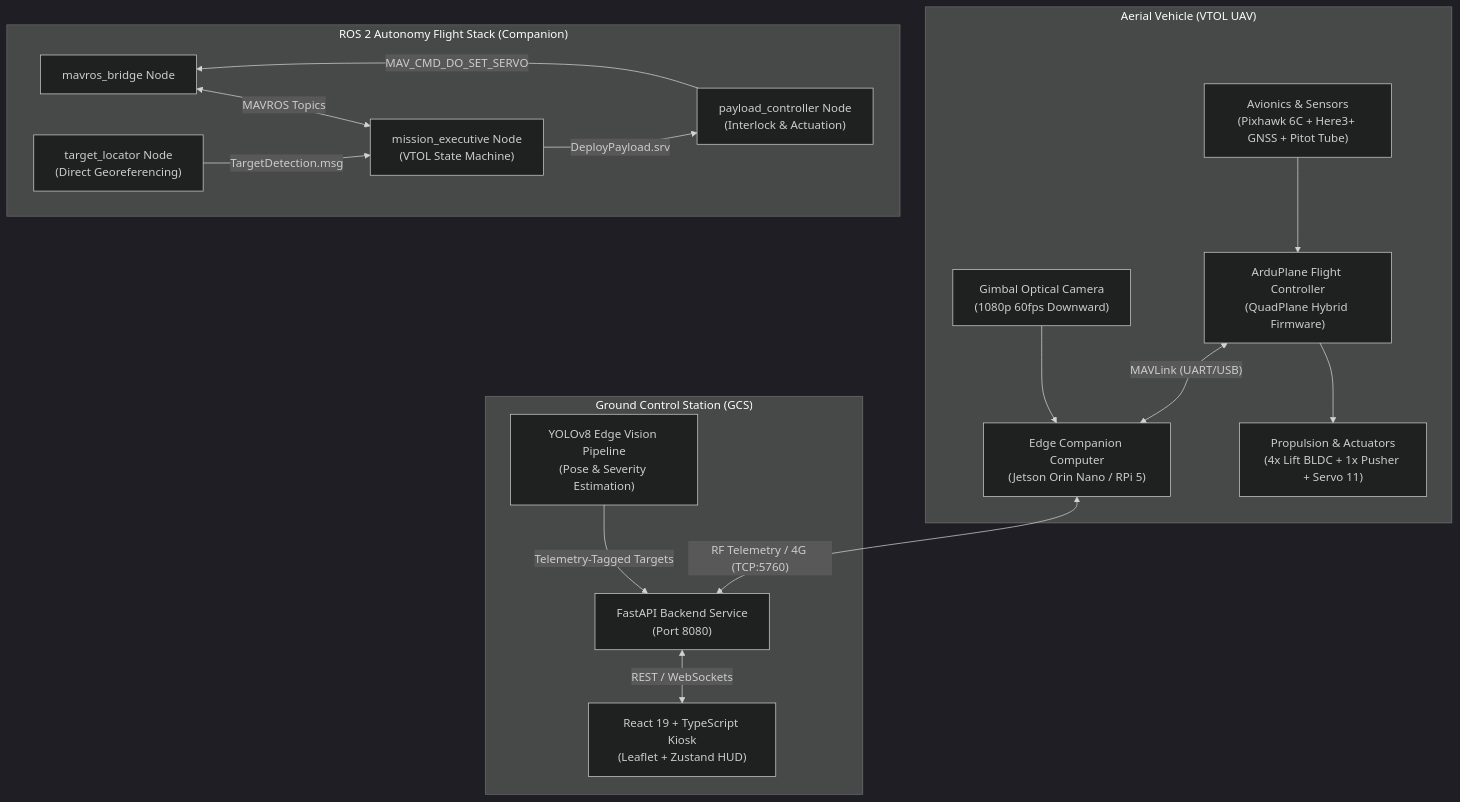
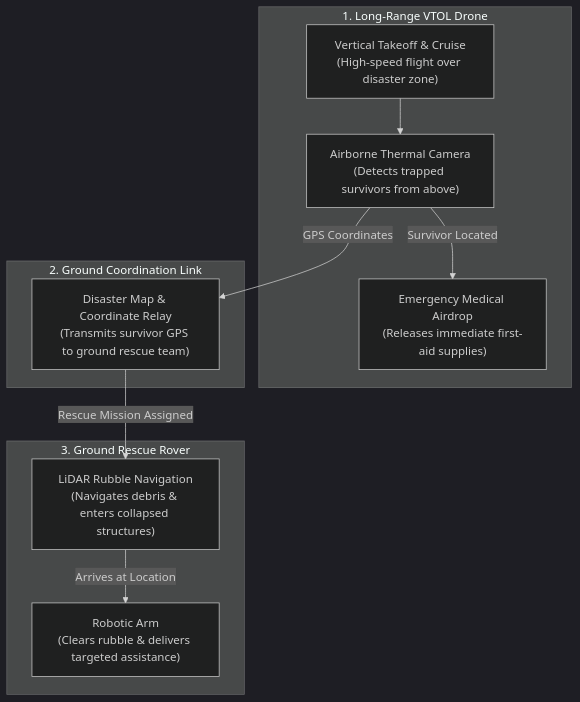
The diagram in docs/architecture.md (danMoksh/jatayu), drawn with Mermaid (dark theme) before and after one commit. The commit also changed other lines of this file and 6 other files, not shown here.

Commit message:
docs: add blog link, fix VTOL media, mindmap, and verified specs

````diff
--- a/docs/architecture.md
+++ b/docs/architecture.md
@@ -9,38 +11,23 @@
 ```mermaid
 flowchart TD
-    subgraph AerialPlatform["Aerial Vehicle (VTOL UAV)"]
-        Sensors["Avionics & Sensors<br/>(Pixhawk 6C + Here3+ GNSS + Pitot Tube)"]
-        FCU["ArduPlane Flight Controller<br/>(QuadPlane Hybrid Firmware)"]
-        Companion["Edge Companion Computer<br/>(Jetson Orin Nano / RPi 5)"]
-        Cam["Gimbal Optical Camera<br/>(1080p 60fps Downward)"]
-        Actuators["Propulsion & Actuators<br/>(4x Lift BLDC + 1x Pusher + Servo 11)"]
-
-        Sensors --> FCU
-        FCU --> Actuators
-        Cam --> Companion
-        FCU <-->|"MAVLink (UART/USB)"| Companion
+    subgraph AERIAL ["1. Long-Range VTOL Drone"]
+        A["Vertical Takeoff & Cruise<br/>(High-speed flight over disaster zone)"]
+        B["Airborne Thermal Camera<br/>(Detects trapped survivors from above)"]
+        C["Emergency Medical Airdrop<br/>(Releases immediate first-aid supplies)"]
     end
 
-    subgraph AutonomyStack["ROS 2 Autonomy Flight Stack (Companion)"]
-        MavBridge["mavros_bridge Node"]
-        Exec["mission_executive Node<br/>(VTOL State Machine)"]
-        Locator["target_locator Node<br/>(Direct Georeferencing)"]
-        DropCtrl["payload_controller Node<br/>(Interlock & Actuation)"]
-
-        MavBridge <-->|"MAVROS Topics"| Exec
-        Locator -->|"TargetDetection.msg"| Exec
-        Exec -->|"DeployPayload.srv"| DropCtrl
-        DropCtrl -->|"MAV_CMD_DO_SET_SERVO"| MavBridge
+    subgraph COMM ["2. Ground Coordination Link"]
+        D["Disaster Map & Coordinate Relay<br/>(Transmits survivor GPS to ground rescue team)"]
     end
 
-    subgraph GroundControlStation["Ground Control Station (GCS)"]
-        GCS_Backend["FastAPI Backend Service<br/>(Port 8080)"]
-        AI_Vision["YOLOv8 Edge Vision Pipeline<br/>(Pose & Severity Estimation)"]
-        GCS_Frontend["React 19 + TypeScript Kiosk<br/>(Leaflet + Zustand HUD)"]
-
-        GCS_Backend <-->|"REST / WebSockets"| GCS_Frontend
-        AI_Vision -->|"Telemetry-Tagged Targets"| GCS_Backend
+    subgraph ROVER ["3. Ground Rescue Rover"]
+        E["LiDAR Rubble Navigation<br/>(Navigates debris & enters collapsed structures)"]
+        F["Robotic Arm<br/>(Clears rubble & delivers targeted assistance)"]
     end
 
-    Companion <-->|"RF Telemetry / 4G (TCP:5760)"| GCS_Backend
+    A --> B
+    B -->|"Survivor Located"| C
+    B -->|"GPS Coordinates"| D
+    D -->|"Rescue Mission Assigned"| E
+    E -->|"Arrives at Location"| F
 ```
````
